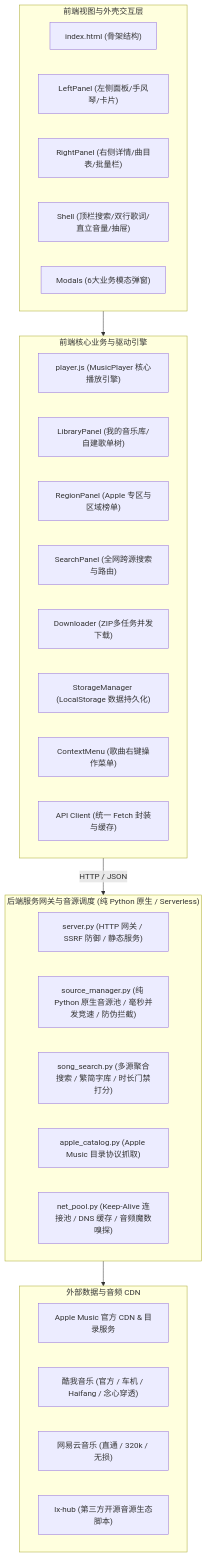
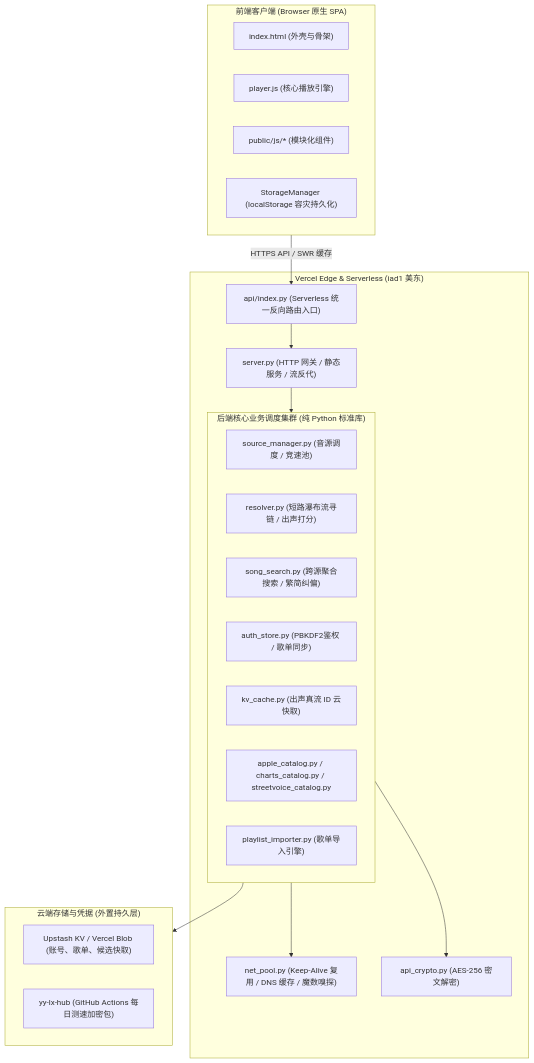
One commit to ichbinyytak/yy_amusic changed the first of 2 diagrams in ARCHITECTURE.md. Above: the diagram before and after it, drawn with Mermaid. The commit also changed other lines of this file and 16 other files, not shown here.

````diff
--- a/ARCHITECTURE.md
+++ b/ARCHITECTURE.md
@@ -9,40 +72,39 @@
 ```mermaid
 flowchart TD
-    subgraph UI["前端视图与外壳交互层"]
-        HTML["index.html (骨架结构)"]
-        LeftView["LeftPanel (左侧面板/手风琴/卡片)"]
-        RightView["RightPanel (右侧详情/曲目表/批量栏)"]
-        Shell["Shell (顶栏搜索/双行歌词/直立音量/抽屉)"]
-        Modals["Modals (6大业务模态弹窗)"]
+    subgraph Client["前端客户端 (Browser 原生 SPA)"]
+        Index["index.html (外壳与骨架)"]
+        PlayerJS["player.js (核心播放引擎)"]
+        Modules["public/js/* (模块化组件)"]
+        Storage["StorageManager (localStorage 容灾持久化)"]
     end
 
-    subgraph Core["前端核心业务与驱动引擎"]
-        Player["player.js (MusicPlayer 核心播放引擎)"]
-        Library["LibraryPanel (我的音乐库/自建歌单树)"]
-        Region["RegionPanel (Apple 专区与区域榜单)"]
-        Search["SearchPanel (全网跨源搜索与路由)"]
-        Downloader["Downloader (ZIP多任务并发下载)"]
-        Storage["StorageManager (LocalStorage 数据持久化)"]
-        ContextMenu["ContextMenu (歌曲右键操作菜单)"]
-        API["API Client (统一 Fetch 封装与缓存)"]
+    subgraph Edge["Vercel Edge & Serverless (iad1 美东)"]
+        Router["api/index.py (Serverless 统一反向路由入口)"]
+        Server["server.py (HTTP 网关 / 静态服务 / 流反代)"]
+        
+        subgraph CoreBackend["后端核心业务调度集群 (纯 Python 标准库)"]
+            SourceHub["source_manager.py (音源调度 / 竞速池)"]
+            Resolver["resolver.py (短路瀑布流寻链 / 出声打分)"]
+            SongSearch["song_search.py (跨源聚合搜索 / 繁简纠偏)"]
+            AuthStore["auth_store.py (PBKDF2鉴权 / 歌单同步)"]
+            KVCache["kv_cache.py (出声真流 ID 云快取)"]
+            Catalogs["apple_catalog.py / charts_catalog.py / streetvoice_catalog.py"]
+            Importer["playlist_importer.py (歌单导入引擎)"]
+        end
+
+        NetPool["net_pool.py (Keep-Alive 复用 / DNS 缓存 / 魔数嗅探)"]
+        Crypto["api_crypto.py (AES-256 密文解密)"]
     end
 
-    subgraph Backend["后端服务网关与音源调度 (纯 Python 原生 / Serverless)"]
-        Server["server.py (HTTP 网关 / SSRF 防御 / 静态服务)"]
-        SourceHub["source_manager.py (纯 Python 原生音源池 / 毫秒并发竞速 / 防伪拦截)"]
-        SongSearch["song_search.py (多源聚合搜索 / 繁简字库 / 时长门禁打分)"]
-        Catalog["apple_catalog.py (Apple Music 目录协议抓取)"]
-        NetPool["net_pool.py (Keep-Alive 连接池 / DNS 缓存 / 音频魔数嗅探)"]
+    subgraph StorageCloud["云端存储与凭据 (外置持久层)"]
+        Upstash["Upstash KV / Vercel Blob (账号、歌单、候选快取)"]
+        SyncRepo["yy-lx-hub (GitHub Actions 每日测速加密包)"]
     end
 
-    subgraph Data["外部数据与音频 CDN"]
-        AppleAPI["Apple Music 官方 CDN & 目录服务"]
-        KuwoCDN["酷我音乐 (官方 / 车机 / Haifang / 念心穿透)"]
-        NeteaseCDN["网易云音乐 (直通 / 320k / 无损)"]
-        LXHub["lx-hub (第三方开源音源生态脚本)"]
-    end
-
-    UI --> Core
-    Core -->|HTTP / JSON| Backend
-    Backend --> Data
+    Client -->|HTTPS API / SWR 缓存| Router
+    Router --> Server
+    Server --> CoreBackend
+    CoreBackend --> NetPool
+    CoreBackend --> StorageCloud
+    CoreBackend --> Crypto
 ```
````
